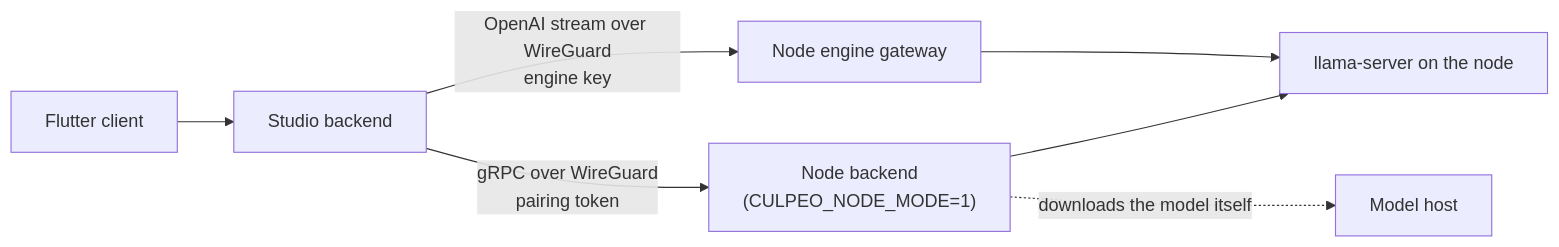
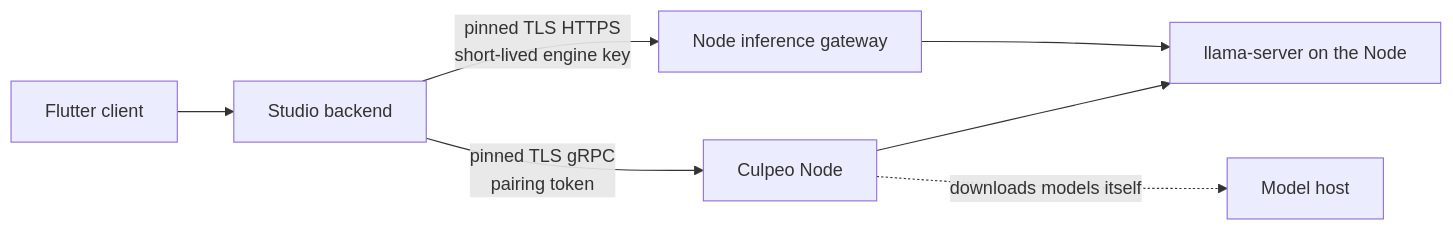
One commit to culpeostudio/Culpeostudio changed the second of 2 diagrams in docs/ARCHITECTURE.md. Above: the diagram before and after it, drawn with Mermaid. The commit also changed other lines of this file and 66 other files, not shown here.

````diff
--- a/docs/ARCHITECTURE.md
+++ b/docs/ARCHITECTURE.md
@@ -74,9 +78,9 @@
 ```mermaid
 flowchart LR
     UI["Flutter client"] --> API["Studio backend"]
-    API -->|"gRPC over WireGuard<br/>pairing token"| NODE["Node backend<br/>(CULPEO_NODE_MODE=1)"]
-    API -->|"OpenAI stream over WireGuard<br/>engine key"| GW["Node engine gateway"]
-    NODE --> NWORKERS["llama-server on the node"]
-    NODE -.->|"downloads the model itself"| HOST["Model host"]
+    API -->|"pinned TLS gRPC<br/>pairing token"| NODE["Culpeo Node"]
+    API -->|"pinned TLS HTTPS<br/>short-lived engine key"| GW["Node inference gateway"]
+    NODE --> NWORKERS["llama-server on the Node"]
+    NODE -.->|"downloads models itself"| HOST["Model host"]
     GW --> NWORKERS
 ```
````
